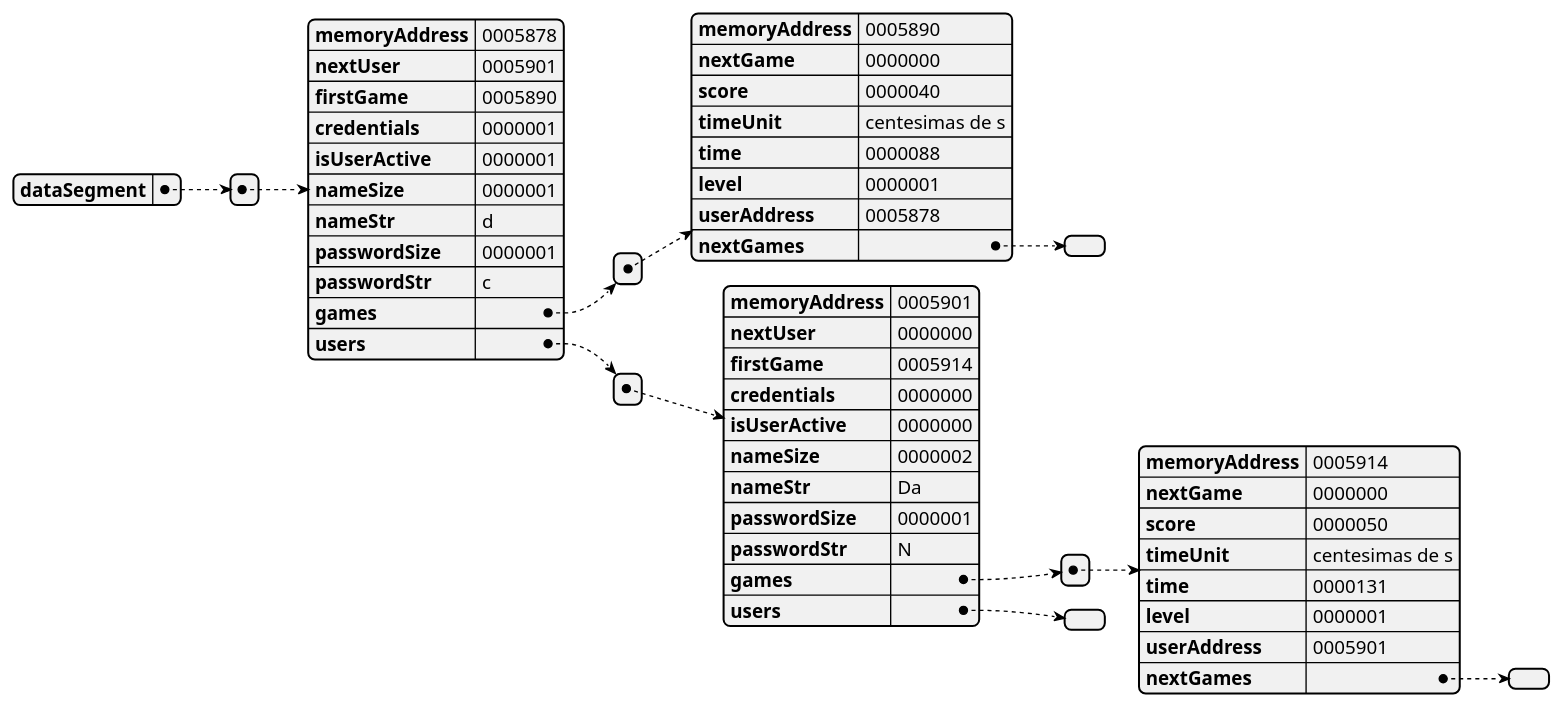
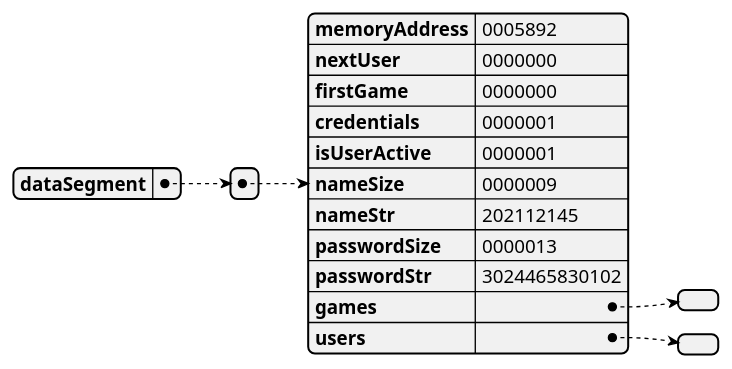
Before and after one commit to danielcuque/ACE1-PROYECTO2: the diagram in docs/uml/README.md, drawn with PlantUML. The commit also changed 3 other files, not shown here.

Commit message:
feat: change menu for each user credentials

`````diff
--- a/docs/uml/README.md
+++ b/docs/uml/README.md
@@ -1,38 +1,16 @@
 ````plantuml
 @startjson memoryGraph
 {"dataSegment":
-[{"memoryAddress":"0005878",
-"nextUser":"0005901",
-"firstGame":"0005890",
+[{"memoryAddress":"0005892",
+"nextUser":"0000000",
+"firstGame":"0000000",
 "credentials":"0000001",
 "isUserActive":"0000001",
-"nameSize":"0000001",
-"nameStr":"d",
-"passwordSize":"0000001",
-"passwordStr":"c",
-"games":[{"memoryAddress":"0005890",
-"nextGame":"0000000",
-"score":"0000040",
-"timeUnit":"centesimas de s","time":"0000088",
-"level":"0000001",
-"userAddress":"0005878",
-"nextGames":[]}],
-"users":[{"memoryAddress":"0005901",
-"nextUser":"0000000",
-"firstGame":"0005914",
-"credentials":"0000000",
-"isUserActive":"0000000",
-"nameSize":"0000002",
-"nameStr":"Da",
-"passwordSize":"0000001",
-"passwordStr":"N",
-"games":[{"memoryAddress":"0005914",
-"nextGame":"0000000",
-"score":"0000050",
-"timeUnit":"centesimas de s","time":"0000131",
-"level":"0000001",
-"userAddress":"0005901",
-"nextGames":[]}],
-"users":[]}]}]}
+"nameSize":"0000009",
+"nameStr":"202112145",
+"passwordSize":"0000013",
+"passwordStr":"3024465830102",
+"games":[],
+"users":[]}]}
 @endjson
 ````
`````
